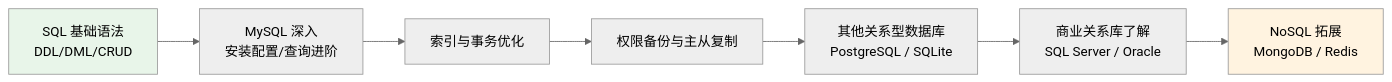
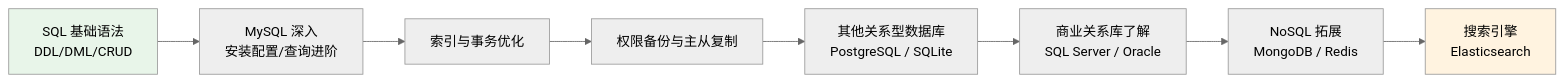
Before and after one commit to missercatos/RootStack: the diagram in 数据库/数据库目录.md, drawn with Mermaid (neutral theme). The commit also changed other lines of this file and 6 other files, not shown here.

````diff
--- a/数据库/数据库目录.md
+++ b/数据库/数据库目录.md
@@ -27,11 +28,12 @@
 ```mermaid
 flowchart LR
     A[SQL 基础语法<br>DDL/DML/CRUD] --> B[MySQL 深入<br>安装配置/查询进阶]
     B --> C[索引与事务优化]
     C --> D[权限备份与主从复制]
     D --> E[其他关系型数据库<br>PostgreSQL / SQLite]
     E --> F[商业关系库了解<br>SQL Server / Oracle]
     F --> G[NoSQL 拓展<br>MongoDB / Redis]
+    G --> H[搜索引擎<br>Elasticsearch]
     style A fill:#e8f5e9
-    style G fill:#fff3e0
+    style H fill:#fff3e0
 ```
````
